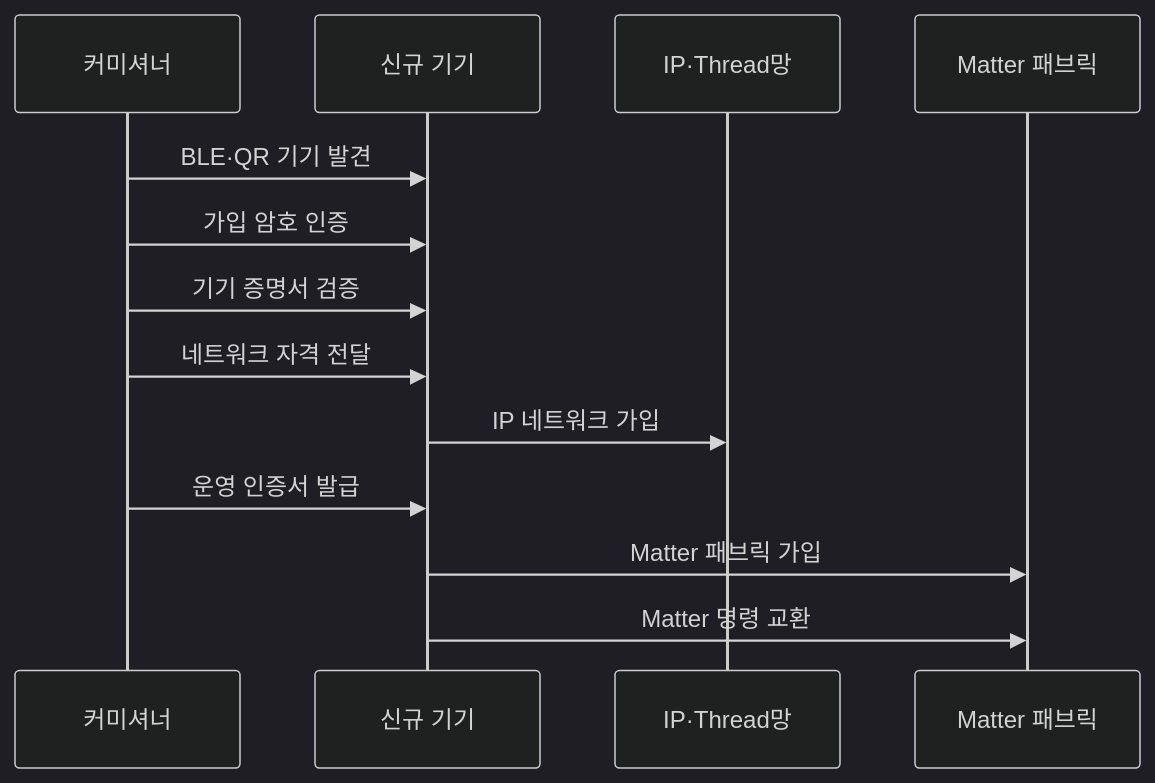
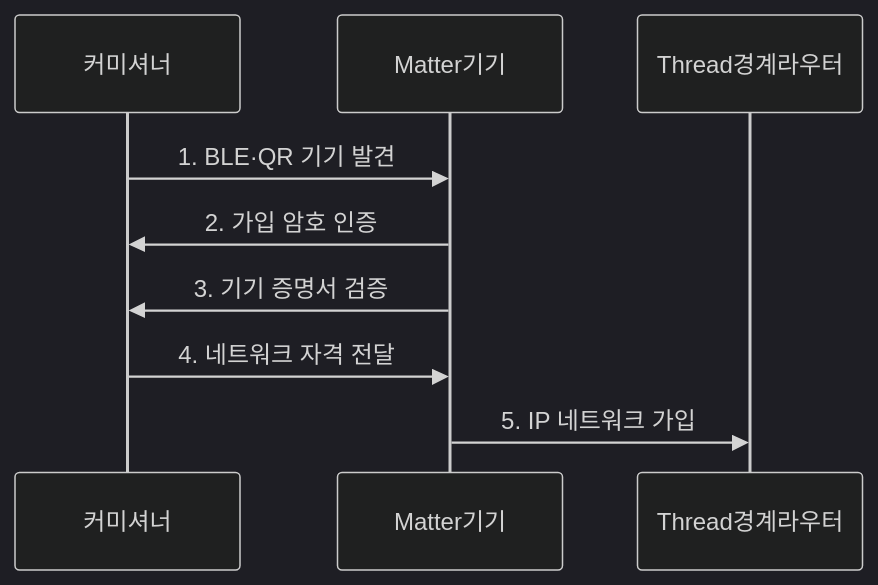
One commit to agnusdei1207/knowledge-base changed the second of 2 diagrams in src/content/docs/notes/04-network/054_zigbee_thread_matter.md. Above: the diagram before and after it, drawn with Mermaid (dark theme). The commit also changed other lines of this file and 20 other files, not shown here.

````diff
--- a/src/content/docs/notes/04-network/054_zigbee_thread_matter.md
+++ b/src/content/docs/notes/04-network/054_zigbee_thread_matter.md
@@ -91,15 +85,11 @@
 ```mermaid
 sequenceDiagram
-    participant C as 커미셔너
-    participant D as 신규 기기
-    participant N as IP·Thread망
-    participant F as Matter 패브릭
-    C->>D: BLE·QR 기기 발견
-    C->>D: 가입 암호 인증
-    C->>D: 기기 증명서 검증
-    C->>D: 네트워크 자격 전달
-    D->>N: IP 네트워크 가입
-    C->>D: 운영 인증서 발급
-    D->>F: Matter 패브릭 가입
-    D->>F: Matter 명령 교환
+    participant 커미셔너
+    participant Matter기기
+    participant Thread경계라우터
+    커미셔너->>Matter기기: 1. BLE·QR 기기 발견
+    Matter기기->>커미셔너: 2. 가입 암호 인증
+    Matter기기->>커미셔너: 3. 기기 증명서 검증
+    커미셔너->>Matter기기: 4. 네트워크 자격 전달
+    Matter기기->>Thread경계라우터: 5. IP 네트워크 가입
 ```
````
